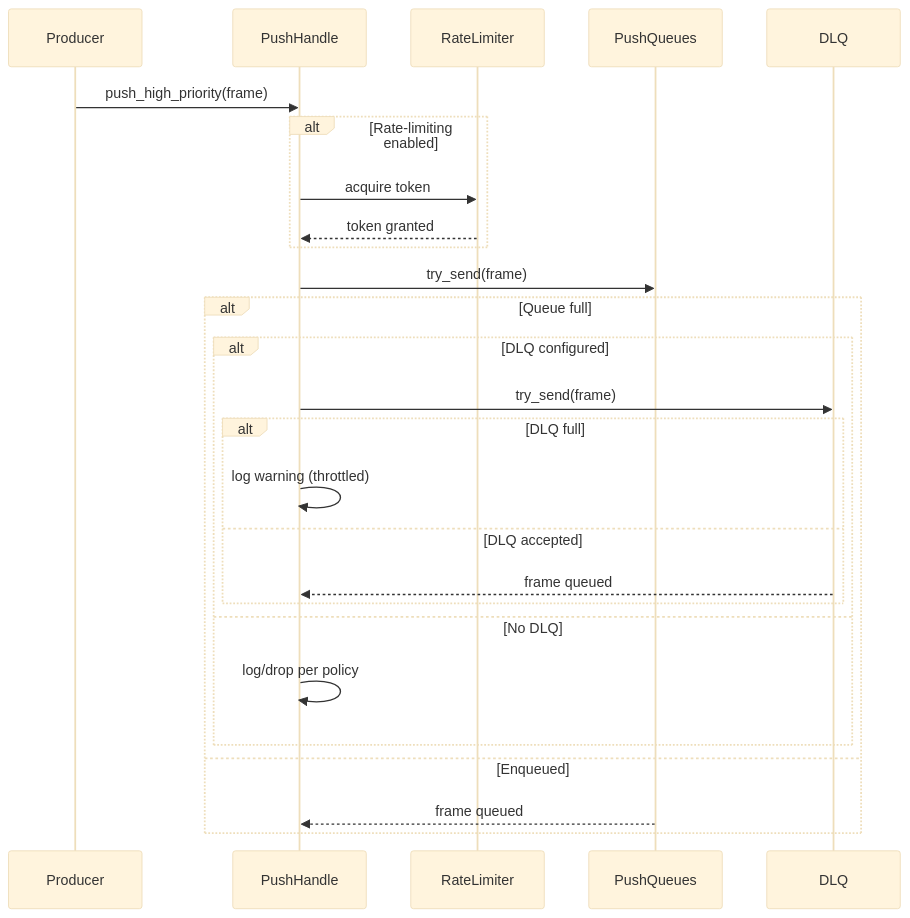
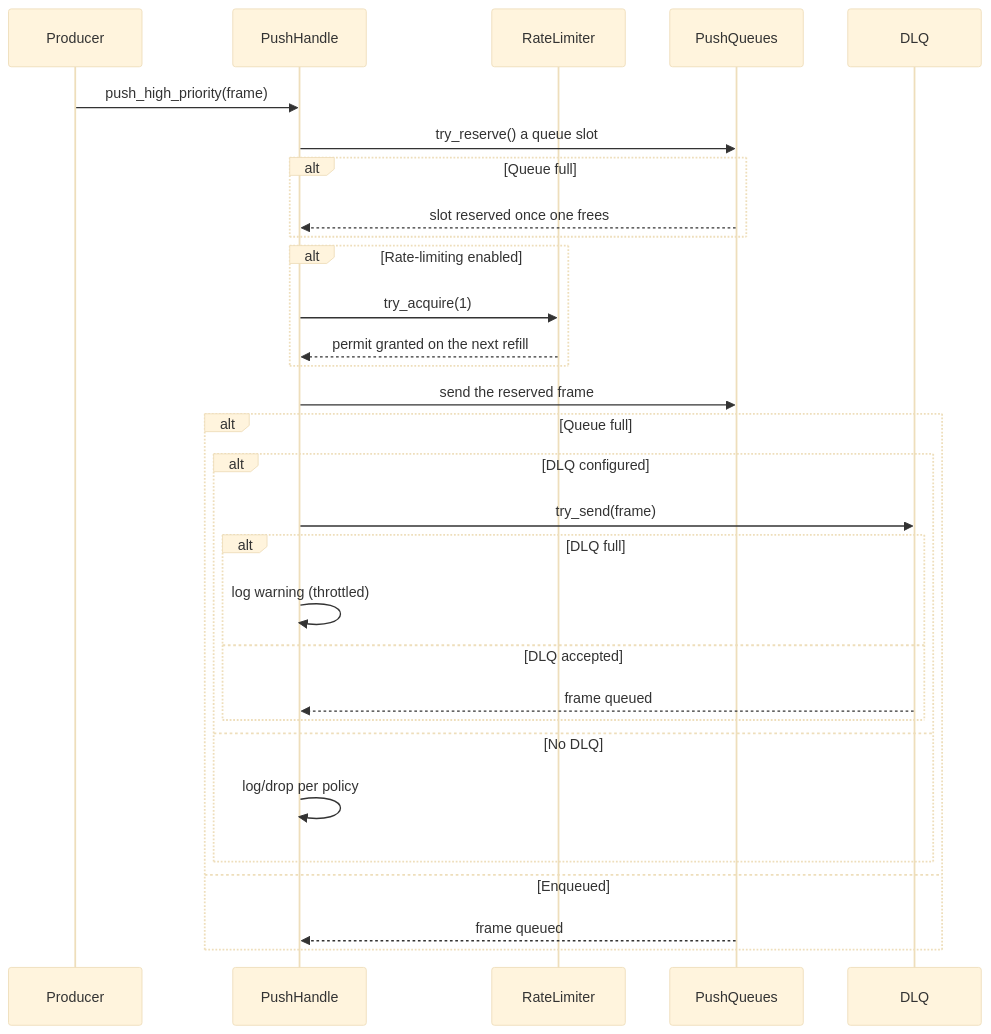
Before and after one commit to leynos/wireframe: the fifth of 16 diagrams in docs/asynchronous-outbound-messaging-design.md, drawn with Mermaid (base theme). The commit also changed other lines of this file and 1 other file, not shown here.

First line of the commit message:
Document the capacity-first order of an awaited push

````diff
--- a/docs/asynchronous-outbound-messaging-design.md
+++ b/docs/asynchronous-outbound-messaging-design.md
@@ -350,28 +350,32 @@
 ```mermaid
 sequenceDiagram
     participant Producer
     participant PushHandle
     participant RateLimiter
     participant PushQueues
     participant DLQ
     Producer->>PushHandle: push_high_priority(frame)
+    PushHandle->>PushQueues: try_reserve() a queue slot
+    alt Queue full
+        PushQueues-->>PushHandle: slot reserved once one frees
+    end
     alt Rate-limiting enabled
-        PushHandle->>RateLimiter: acquire token
-        RateLimiter-->>PushHandle: token granted
+        PushHandle->>RateLimiter: try_acquire(1)
+        RateLimiter-->>PushHandle: permit granted on the next refill
     end
-    PushHandle->>PushQueues: try_send(frame)
+    PushHandle->>PushQueues: send the reserved frame
     alt Queue full
         alt DLQ configured
             PushHandle->>DLQ: try_send(frame)
             alt DLQ full
                 PushHandle->>PushHandle: log warning (throttled)
             else DLQ accepted
                 DLQ-->>PushHandle: frame queued
             end
         else No DLQ
             PushHandle->>PushHandle: log/drop per policy
         end
     else Enqueued
         PushQueues-->>PushHandle: frame queued
     end
 ```
````
